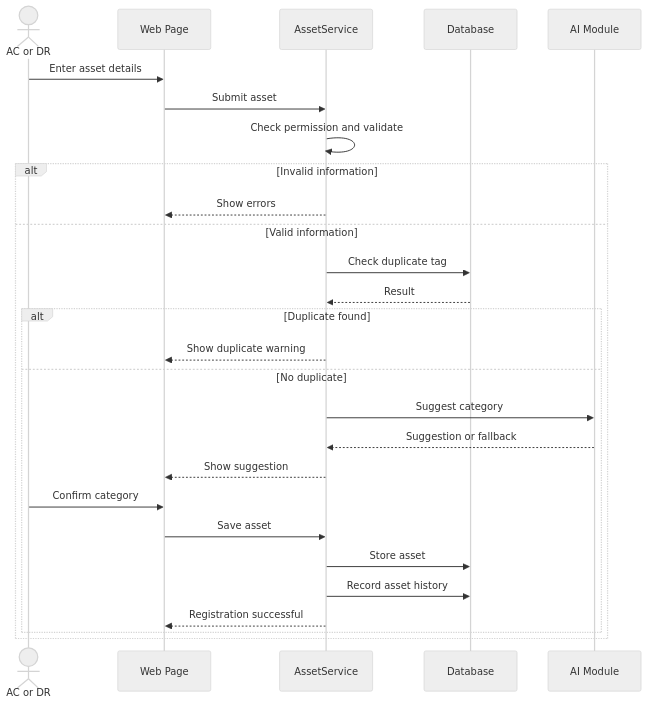
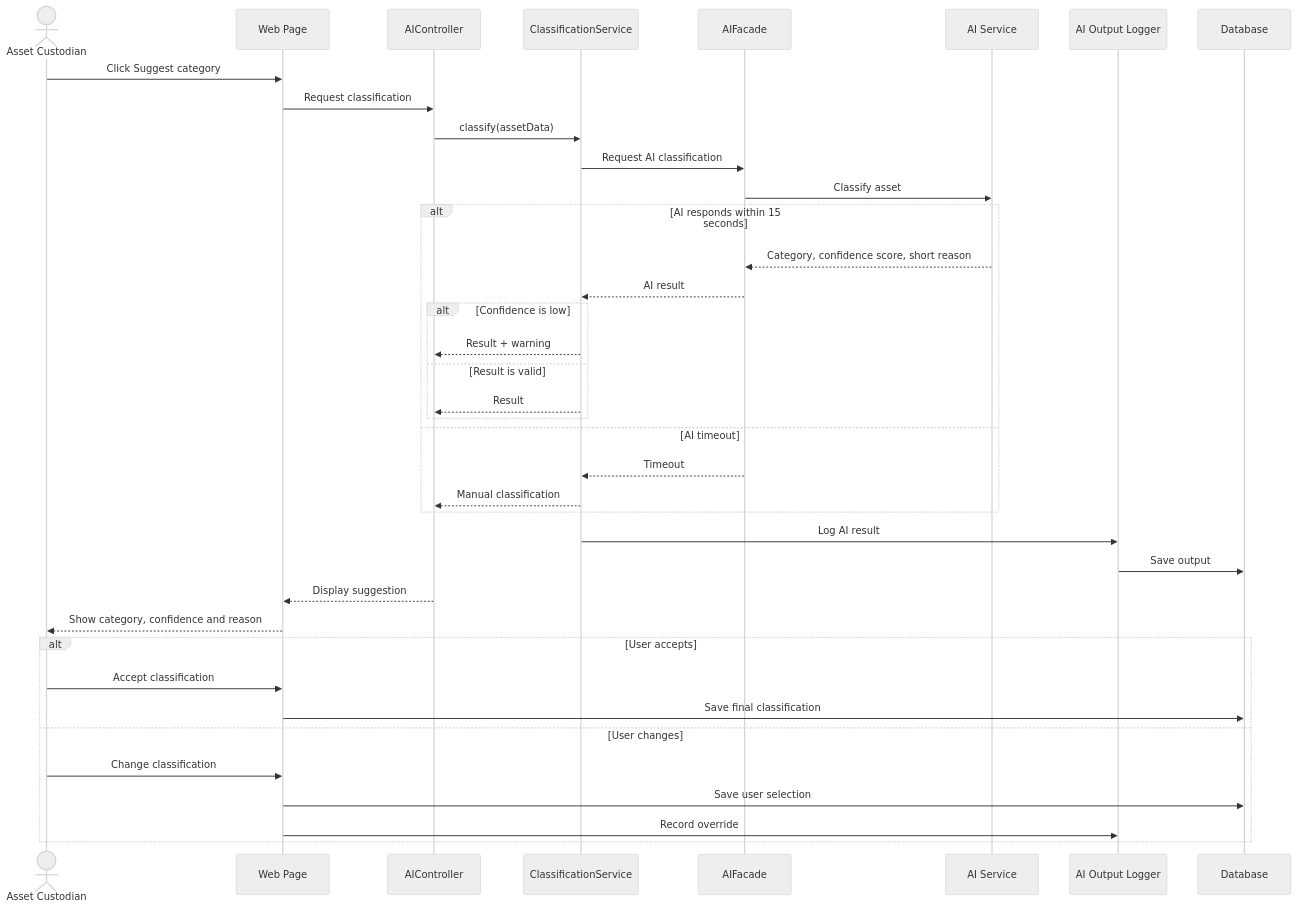
One commit to Abdulla66541/COSC336-GROUP5 changed the first of 10 diagrams in phase 4-5/01_part1_assets_marketplace_requests.md. Above: the diagram before and after it, drawn with Mermaid (neutral theme). The commit also changed other lines of this file, not shown here.

````diff
--- a/phase 4-5/01_part1_assets_marketplace_requests.md
+++ b/phase 4-5/01_part1_assets_marketplace_requests.md
@@ -27,32 +23,47 @@
 ```mermaid
 sequenceDiagram
-    actor U as AC or DR
+    actor AC as Asset Custodian
     participant UI as Web Page
-    participant S as AssetService
+    participant AIC as AIController
+    participant CS as ClassificationService
+    participant AF as AIFacade
+    participant AI as AI Service
+    participant LOG as AI Output Logger
     participant DB as Database
-    participant AI as AI Module
 
-    U->>UI: Enter asset details
-    UI->>S: Submit asset
-    S->>S: Check permission and validate
+    AC->>UI: Click Suggest category
+    UI->>AIC: Request classification
+    AIC->>CS: classify(assetData)
+    CS->>AF: Request AI classification
+    AF->>AI: Classify asset
 
-    alt Invalid information
-        S-->>UI: Show errors
-    else Valid information
-        S->>DB: Check duplicate tag
-        DB-->>S: Result
+    alt AI responds within 15 seconds
+        AI-->>AF: Category, confidence score, short reason
+        AF-->>CS: AI result
 
-        alt Duplicate found
-            S-->>UI: Show duplicate warning
-        else No duplicate
-            S->>AI: Suggest category
-            AI-->>S: Suggestion or fallback
-            S-->>UI: Show suggestion
-            U->>UI: Confirm category
-            UI->>S: Save asset
-            S->>DB: Store asset
-            S->>DB: Record asset history
-            S-->>UI: Registration successful
+        alt Confidence is low
+            CS-->>AIC: Result + warning
+        else Result is valid
+            CS-->>AIC: Result
         end
+
+    else AI timeout
+        AF-->>CS: Timeout
+        CS-->>AIC: Manual classification
+    end
+
+    CS->>LOG: Log AI result
+    LOG->>DB: Save output
+
+    AIC-->>UI: Display suggestion
+    UI-->>AC: Show category, confidence and reason
+
+    alt User accepts
+        AC->>UI: Accept classification
+        UI->>DB: Save final classification
+    else User changes
+        AC->>UI: Change classification
+        UI->>DB: Save user selection
+        UI->>LOG: Record override
     end
 ```
````
